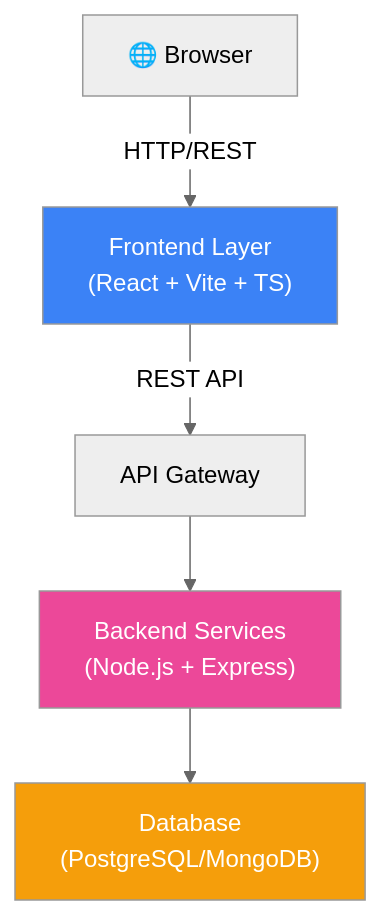
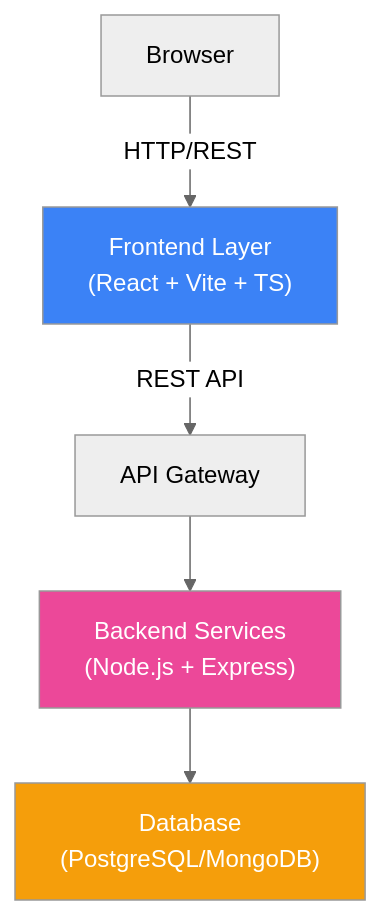
The first of 13 diagrams in docs/architecture.md (Yugenjr/OdooxKAHE), drawn with Mermaid (neutral theme) before and after one commit. The commit also changed other lines of this file and 3 other files, not shown here.

````diff
--- a/docs/architecture.md
+++ b/docs/architecture.md
@@ -20,17 +20,17 @@
 ```mermaid
 graph TB
-  Browser["🌐 Browser"]
+  Browser["Browser"]
   Frontend["Frontend Layer\n(React + Vite + TS)"]
   API["API Gateway"]
   Backend["Backend Services\n(Node.js + Express)"]
   DB["Database\n(PostgreSQL/MongoDB)"]
   
   Browser -->|HTTP/REST| Frontend
   Frontend -->|REST API| API
   API --> Backend
   Backend --> DB
   
   style Frontend fill:#3b82f6,color:#fff
   style Backend fill:#ec4899,color:#fff
   style DB fill:#f59e0b,color:#fff
 ```
````
